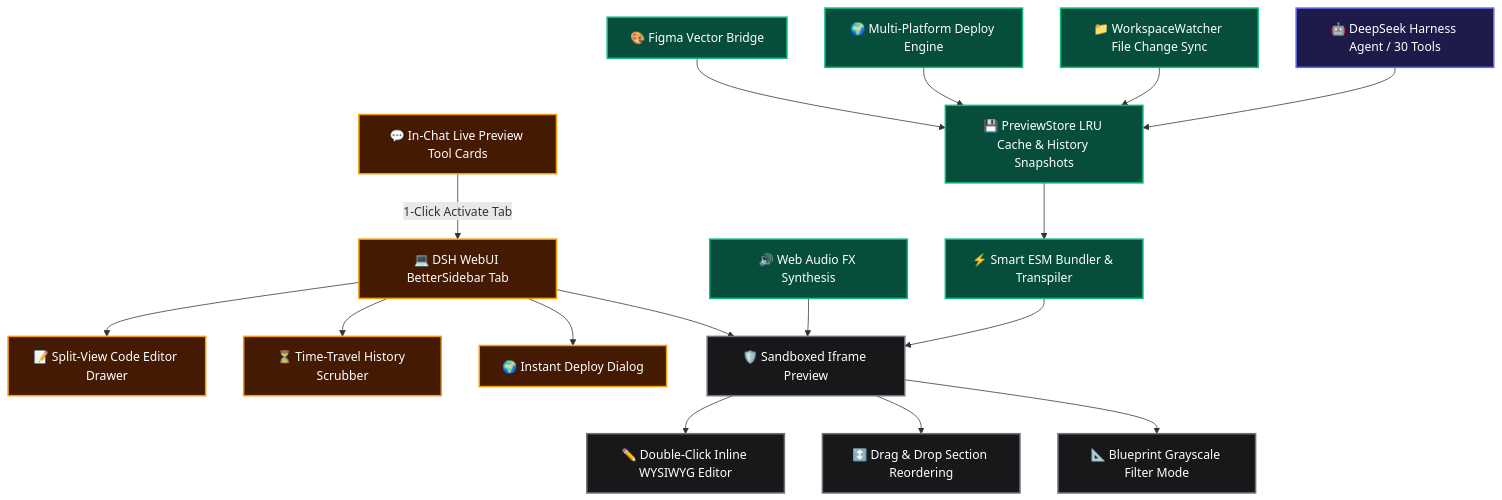
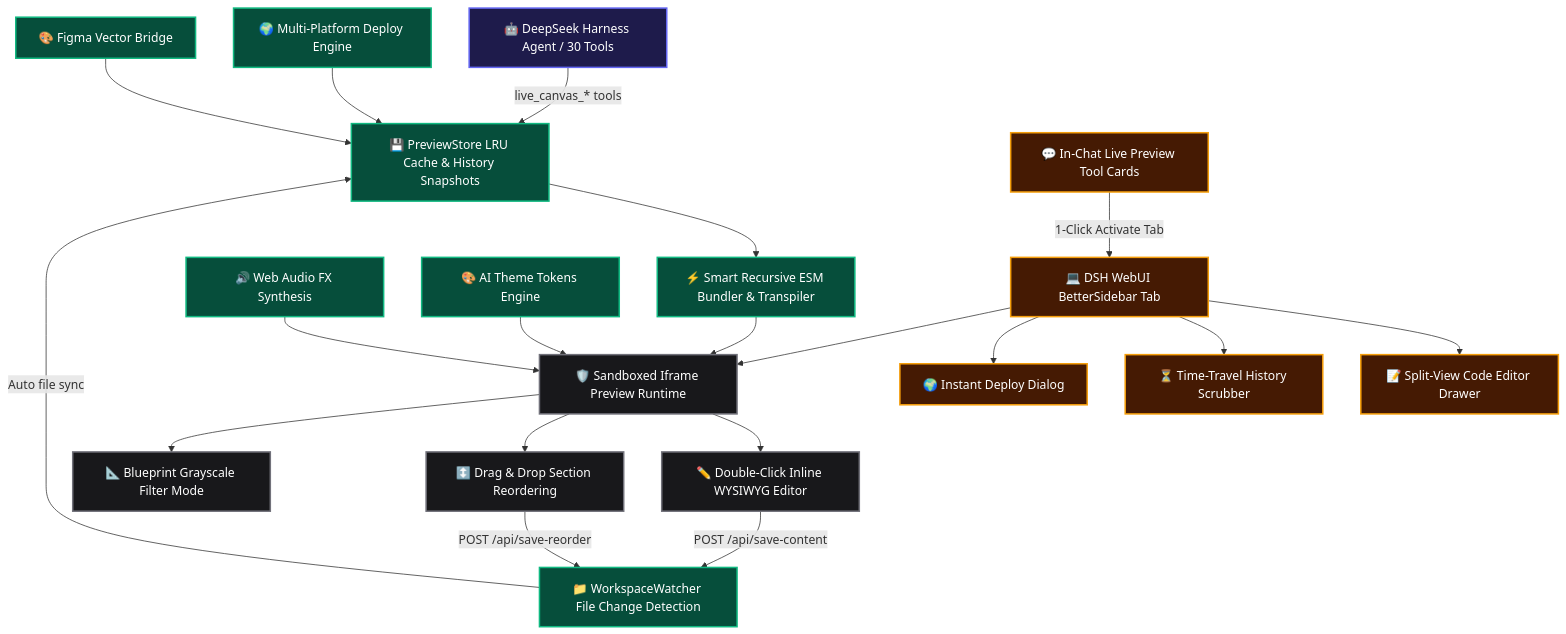
One commit to GooDAnDReaDY/dsh-live-canvas changed the diagram in README.md. Above: the diagram before and after it, drawn with Mermaid. The commit also changed other lines of this file and 3 other files, not shown here.

````diff
--- a/README.md
+++ b/README.md
@@ -43,44 +42,48 @@
 ```mermaid
 graph TD
     classDef agent fill:#1e1b4b,stroke:#6366f1,stroke-width:2px,color:#fff;
     classDef core fill:#064e3b,stroke:#10b981,stroke-width:2px,color:#fff;
     classDef ui fill:#451a03,stroke:#f59e0b,stroke-width:2px,color:#fff;
     classDef sandbox fill:#18181b,stroke:#71717a,stroke-width:2px,color:#fff;
 
     Agent[🤖 DeepSeek Harness Agent / 30 Tools]:::agent
     Store[💾 PreviewStore LRU Cache & History Snapshots]:::core
-    Watcher[📁 WorkspaceWatcher File Change Sync]:::core
-    Bundler[⚡ Smart ESM Bundler & Transpiler]:::core
+    Watcher[📁 WorkspaceWatcher File Change Detection]:::core
+    Bundler[⚡ Smart Recursive ESM Bundler & Transpiler]:::core
     Deployer[🌍 Multi-Platform Deploy Engine]:::core
     FigmaBridge[🎨 Figma Vector Bridge]:::core
     SoundEngine[🔊 Web Audio FX Synthesis]:::core
+    Themes[🎨 AI Theme Tokens Engine]:::core
 
     WebUI[💻 DSH WebUI BetterSidebar Tab]:::ui
     ChatCards[💬 In-Chat Live Preview Tool Cards]:::ui
     EditorDrawer[📝 Split-View Code Editor Drawer]:::ui
     TimeTravelUI[⏳ Time-Travel History Scrubber]:::ui
     DeployModal[🌍 Instant Deploy Dialog]:::ui
 
-    SandboxFrame[🛡️ Sandboxed Iframe Preview]:::sandbox
+    SandboxFrame[🛡️ Sandboxed Iframe Preview Runtime]:::sandbox
     WYSIWYG[✏️ Double-Click Inline WYSIWYG Editor]:::sandbox
     DnD[↕️ Drag & Drop Section Reordering]:::sandbox
     Blueprint[📐 Blueprint Grayscale Filter Mode]:::sandbox
 
-    Agent --> Store
-    Watcher --> Store
+    Agent -->|live_canvas_* tools| Store
+    Watcher -->|Auto file sync| Store
     Store --> Bundler
     Deployer --> Store
     FigmaBridge --> Store
+    Themes --> SandboxFrame
     Bundler --> SandboxFrame
     SoundEngine --> SandboxFrame
 
     WebUI --> EditorDrawer
     WebUI --> TimeTravelUI
     WebUI --> DeployModal
     WebUI --> SandboxFrame
     ChatCards -->|1-Click Activate Tab| WebUI
 
     SandboxFrame --> WYSIWYG
     SandboxFrame --> DnD
     SandboxFrame --> Blueprint
+    WYSIWYG -->|POST /api/save-content| Watcher
+    DnD -->|POST /api/save-reorder| Watcher
 ```
````
